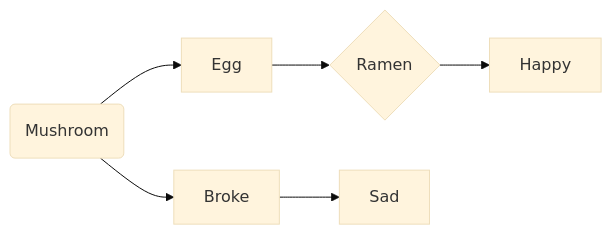
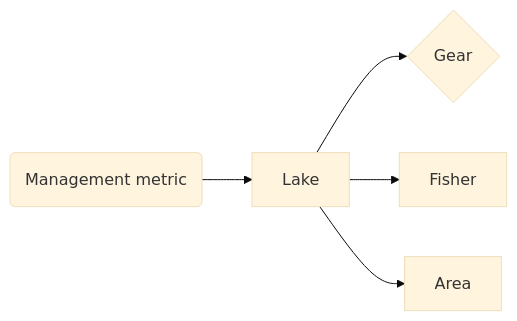
One commit to DrTrevorDavies/derby changed the diagram in README.md. Above: the diagram before and after it, drawn with Mermaid (base theme).

````diff
--- a/README.md
+++ b/README.md
@@ -4,7 +4,7 @@
 ```mermaid
 graph LR
-A(Mushroom)-->B[Egg]
-B-->C{Ramen}
-C-->D[Happy]
-A-->F[Broke]-->E[Sad]
+A(Management metric)-->B[Lake]
+B-->C{Gear}
+B-->D[Fisher]
+B-->F[Area]
 ```
````
